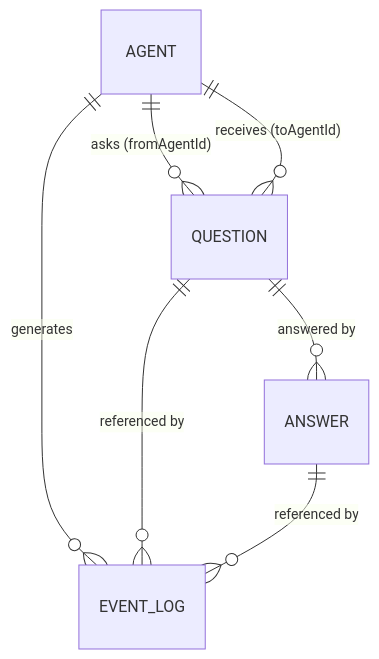
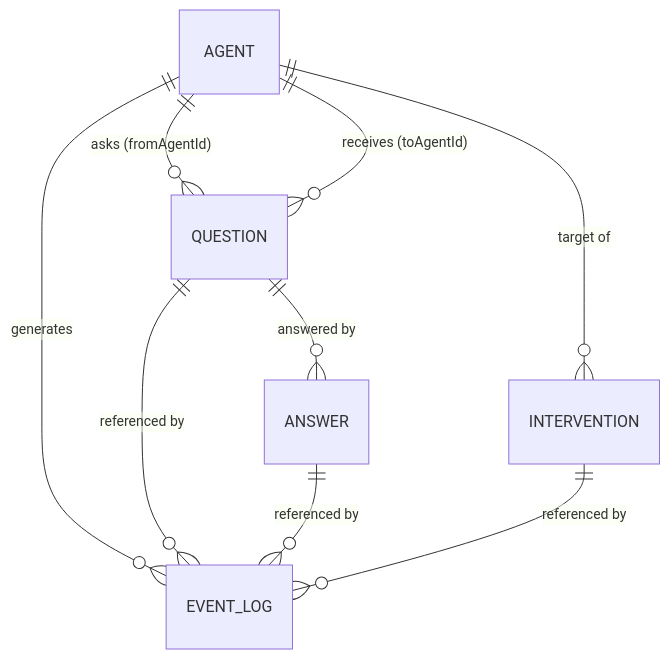
The fourth of 4 diagrams in docs/data-model.md (neisii/ai-development-orchestrator), drawn with Mermaid before and after one commit. The commit also changed other lines of this file and 2 other files, not shown here.

````diff
--- a/docs/data-model.md
+++ b/docs/data-model.md
@@ -173,9 +200,11 @@
 ```mermaid
 erDiagram
     AGENT ||--o{ EVENT_LOG : generates
     AGENT ||--o{ QUESTION : "asks (fromAgentId)"
     AGENT ||--o{ QUESTION : "receives (toAgentId)"
+    AGENT ||--o{ INTERVENTION : "target of"
     QUESTION ||--o{ ANSWER : "answered by"
     QUESTION ||--o{ EVENT_LOG : "referenced by"
     ANSWER ||--o{ EVENT_LOG : "referenced by"
+    INTERVENTION ||--o{ EVENT_LOG : "referenced by"
 ```
````
